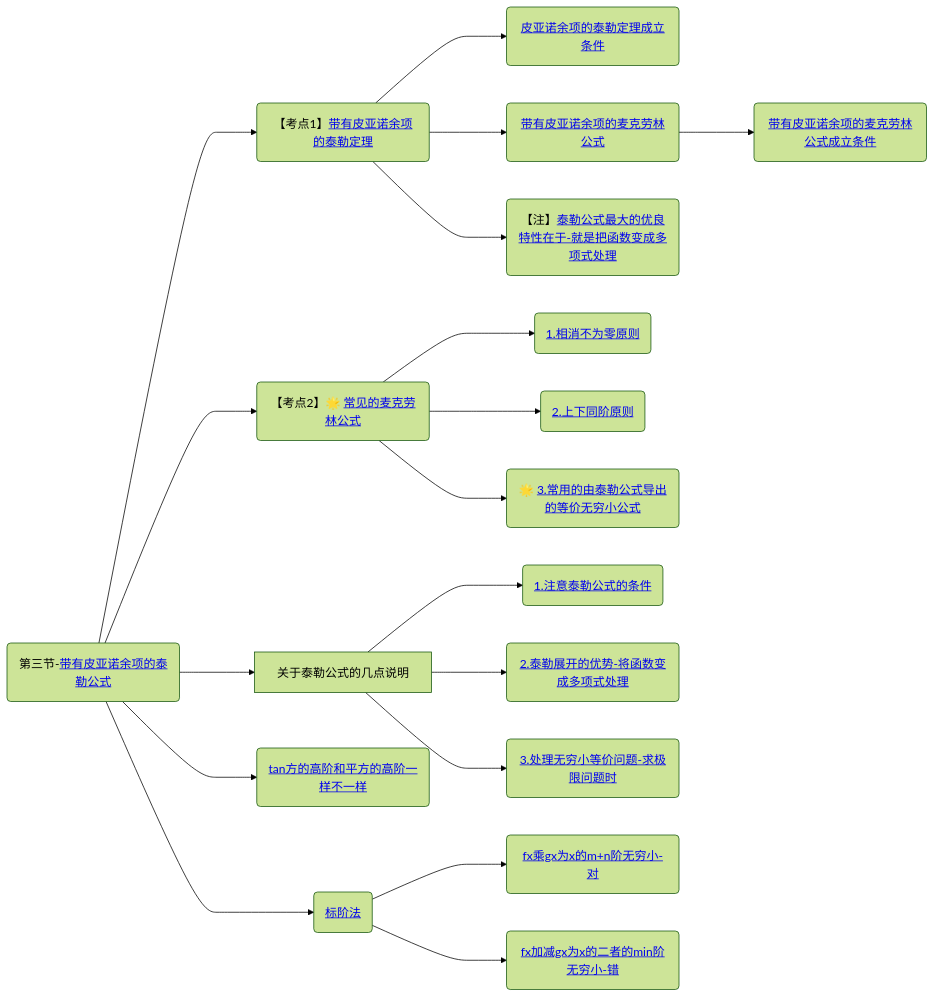
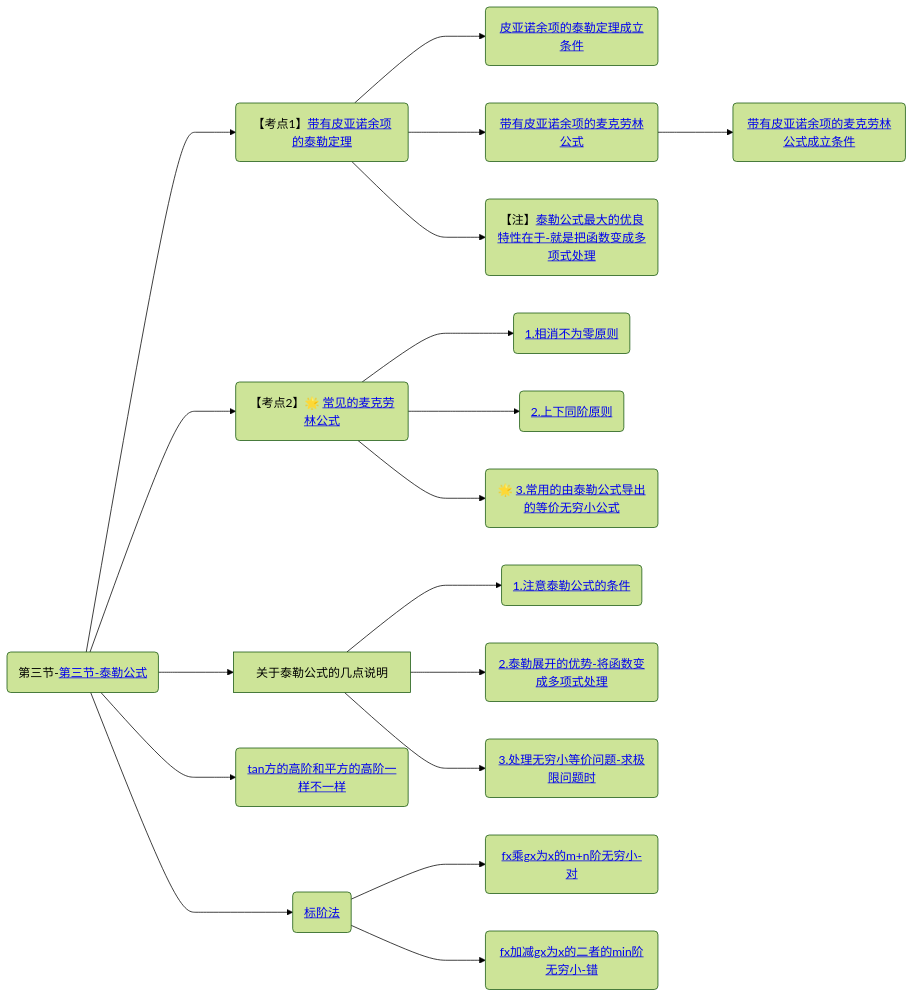
Before and after one commit to yuebinghui/note: the third of 5 diagrams in 笔记/数学/周洋鑫/01.基础班思维导图.md, drawn with Mermaid (forest theme). The commit also changed other lines of this file and 6 other files, not shown here.

````diff
--- a/笔记/数学/周洋鑫/01.基础班思维导图.md
+++ b/笔记/数学/周洋鑫/01.基础班思维导图.md
@@ -91,26 +91,26 @@
 ```mermaid
 graph LR
 
-带有皮亚诺余项的泰勒公式(第三节-<a href="/Users/yuebinghui/Documents/program/github/note/笔记/数学/周洋鑫/基础班/03.泰勒公式-洛必达法则.md#带有皮亚诺余项的泰勒公式">带有皮亚诺余项的泰勒公式</>)
+带有皮亚诺余项的泰勒公式(第三节-<a href="/Users/yuebinghui/Documents/program/github/note/笔记/数学/周洋鑫/基础班/03.泰勒公式-洛必达法则.md#带有皮亚诺余项的泰勒公式">第三节-泰勒公式</>)
 
 带有皮亚诺余项的泰勒公式--->带有皮亚诺余项的泰勒定理(【考点1】<a href="/Users/yuebinghui/Documents/program/github/note/笔记/数学/周洋鑫/基础班/03.泰勒公式-洛必达法则.md#带有皮亚诺余项的泰勒定理">带有皮亚诺余项的泰勒定理</>)
 带有皮亚诺余项的泰勒定理--->皮亚诺余项的泰勒定理成立条件(<a href="/Users/yuebinghui/Documents/program/github/note/笔记/数学/周洋鑫/基础班/03.泰勒公式-洛必达法则.md#皮亚诺余项的泰勒定理成立条件">皮亚诺余项的泰勒定理成立条件</>)
 带有皮亚诺余项的泰勒定理--->带有皮亚诺余项的麦克劳林公式(<a href="/Users/yuebinghui/Documents/program/github/note/笔记/数学/周洋鑫/基础班/03.泰勒公式-洛必达法则.md#带有皮亚诺余项的麦克劳林公式">带有皮亚诺余项的麦克劳林公式</>)
 带有皮亚诺余项的麦克劳林公式--->带有皮亚诺余项的麦克劳林公式成立条件(<a href="/Users/yuebinghui/Documents/program/github/note/笔记/数学/周洋鑫/基础班/03.泰勒公式-洛必达法则.md#带有皮亚诺余项的麦克劳林公式成立条件">带有皮亚诺余项的麦克劳林公式成立条件</>)
 带有皮亚诺余项的泰勒定理--->泰勒公式最大的优良特性在于-就是把函数变成多项式处理(【注】<a href="/Users/yuebinghui/Documents/program/github/note/笔记/数学/周洋鑫/基础班/03.泰勒公式-洛必达法则.md#泰勒公式最大的优良特性在于-就是把函数变成多项式处理">泰勒公式最大的优良特性在于-就是把函数变成多项式处理</>)
 
 带有皮亚诺余项的泰勒公式--->常见的麦克劳林公式(【考点2】🌟 <a href="/Users/yuebinghui/Documents/program/github/note/笔记/数学/周洋鑫/基础班/03.泰勒公式-洛必达法则.md#常见的麦克劳林公式">常见的麦克劳林公式</>)
 常见的麦克劳林公式--->1.相消不为零原则(<a href="/Users/yuebinghui/Documents/program/github/note/笔记/数学/周洋鑫/基础班/03.泰勒公式-洛必达法则.md#1.相消不为零原则">1.相消不为零原则</>)
 常见的麦克劳林公式--->2.上下同阶原则(<a href="/Users/yuebinghui/Documents/program/github/note/笔记/数学/周洋鑫/基础班/03.泰勒公式-洛必达法则.md#2.上下同阶原则">2.上下同阶原则</>)
 常见的麦克劳林公式--->3.常用的由泰勒公式导出的等价无穷小公式(🌟 <a href="/Users/yuebinghui/Documents/program/github/note/笔记/数学/周洋鑫/基础班/03.泰勒公式-洛必达法则.md#3.常用的由泰勒公式导出的等价无穷小公式">3.常用的由泰勒公式导出的等价无穷小公式</>)
 带有皮亚诺余项的泰勒公式--->关于泰勒公式的几点说明
 关于泰勒公式的几点说明--->1.注意泰勒公式的条件(<a href="/Users/yuebinghui/Documents/program/github/note/笔记/数学/周洋鑫/基础班/03.泰勒公式-洛必达法则.md#1.注意泰勒公式的条件">1.注意泰勒公式的条件</>)
 关于泰勒公式的几点说明--->2.泰勒展开的优势-将函数变成多项式处理(<a href="/Users/yuebinghui/Documents/program/github/note/笔记/数学/周洋鑫/基础班/03.泰勒公式-洛必达法则.md#2.泰勒展开的优势-将函数变成多项式处理">2.泰勒展开的优势-将函数变成多项式处理</>)
 关于泰勒公式的几点说明--->3.处理无穷小等价问题-求极限问题时(<a href="/Users/yuebinghui/Documents/program/github/note/笔记/数学/周洋鑫/基础班/03.泰勒公式-洛必达法则.md#3.处理无穷小等价问题-求极限问题时">3.处理无穷小等价问题-求极限问题时</>)
 
 带有皮亚诺余项的泰勒公式--->tan方的高阶和平方的高阶一样不一样(<a href="/Users/yuebinghui/Documents/program/github/note/笔记/数学/周洋鑫/基础班/03.泰勒公式-洛必达法则.md#tan方的高阶和平方的高阶一样不一样">tan方的高阶和平方的高阶一样不一样</>)
 
 带有皮亚诺余项的泰勒公式--->标阶法(<a href="/Users/yuebinghui/Documents/program/github/note/笔记/数学/周洋鑫/基础班/03.泰勒公式-洛必达法则.md#标阶法">标阶法</>)
 标阶法--->fx乘gx为x的m+n阶无穷小-对(<a href="/Users/yuebinghui/Documents/program/github/note/笔记/数学/周洋鑫/基础班/03.泰勒公式-洛必达法则.md#fx乘gx为x的m+n阶无穷小-对">fx乘gx为x的m+n阶无穷小-对</>)
 标阶法--->fx加减gx为x的二者的min阶无穷小-错(<a href="/Users/yuebinghui/Documents/program/github/note/笔记/数学/周洋鑫/基础班/03.泰勒公式-洛必达法则.md#fx加减gx为x的二者的min阶无穷小-错">fx加减gx为x的二者的min阶无穷小-错</>)
 ```
````
